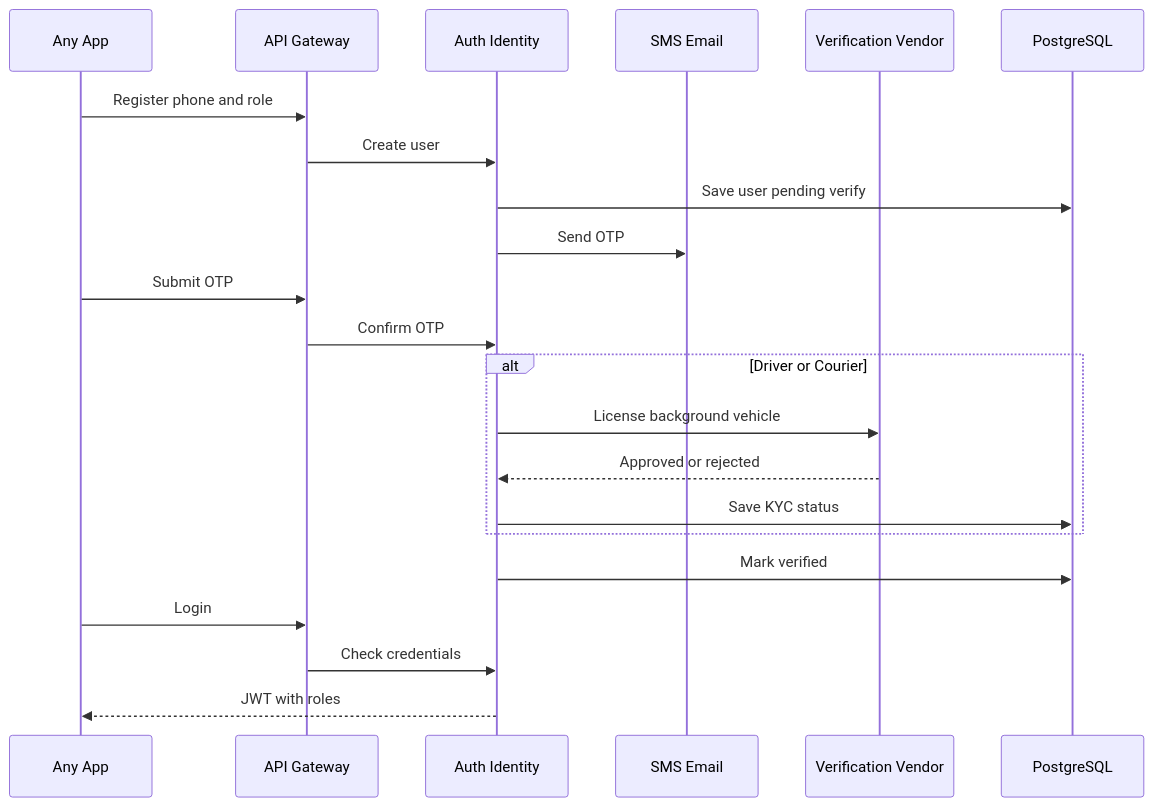
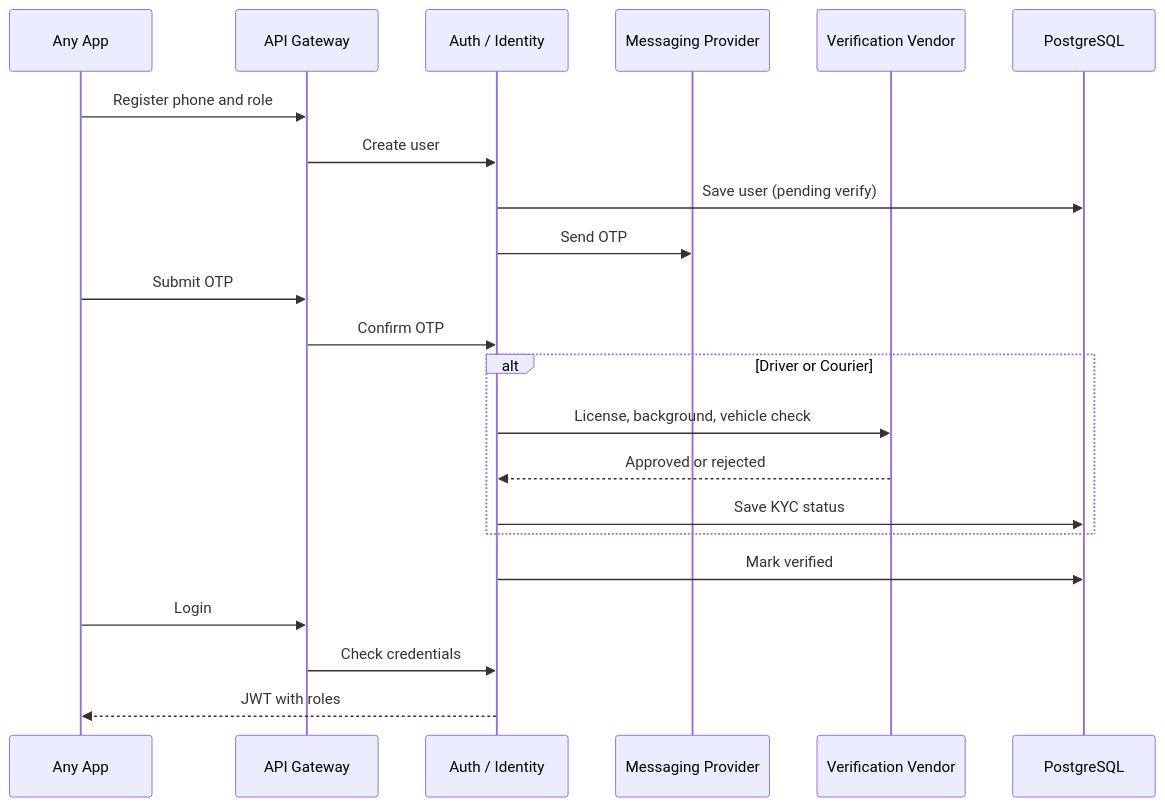
One commit to mostafiz57/Software-Architecture-Playbook changed the sixth of 17 diagrams in case-studies/mobility-delivery-platform/README.md. Above: the diagram before and after it, drawn with Mermaid. The commit also changed other lines of this file, not shown here.

````diff
--- a/case-studies/mobility-delivery-platform/README.md
+++ b/case-studies/mobility-delivery-platform/README.md
@@ -295,25 +297,25 @@
 ```mermaid
 sequenceDiagram
   participant App as Any App
   participant GW as API Gateway
-  participant Auth as Auth Identity
-  participant SMS as SMS Email
+  participant Auth as Auth / Identity
+  participant SMS as Messaging Provider
   participant KYC as Verification Vendor
   participant DB as PostgreSQL
 
   App->>GW: Register phone and role
   GW->>Auth: Create user
-  Auth->>DB: Save user pending verify
+  Auth->>DB: Save user (pending verify)
   Auth->>SMS: Send OTP
   App->>GW: Submit OTP
   GW->>Auth: Confirm OTP
   alt Driver or Courier
-    Auth->>KYC: License background vehicle
+    Auth->>KYC: License, background, vehicle check
     KYC-->>Auth: Approved or rejected
     Auth->>DB: Save KYC status
   end
   Auth->>DB: Mark verified
   App->>GW: Login
   GW->>Auth: Check credentials
   Auth-->>App: JWT with roles
 ```
````
